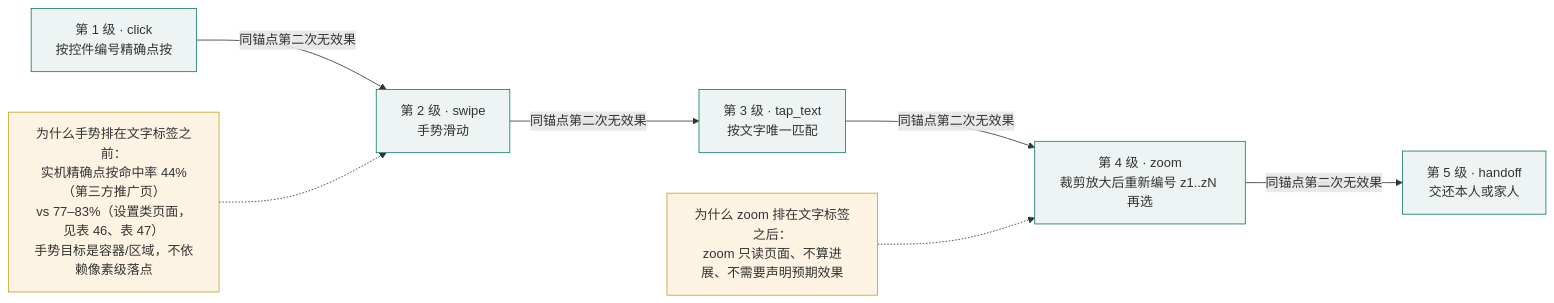
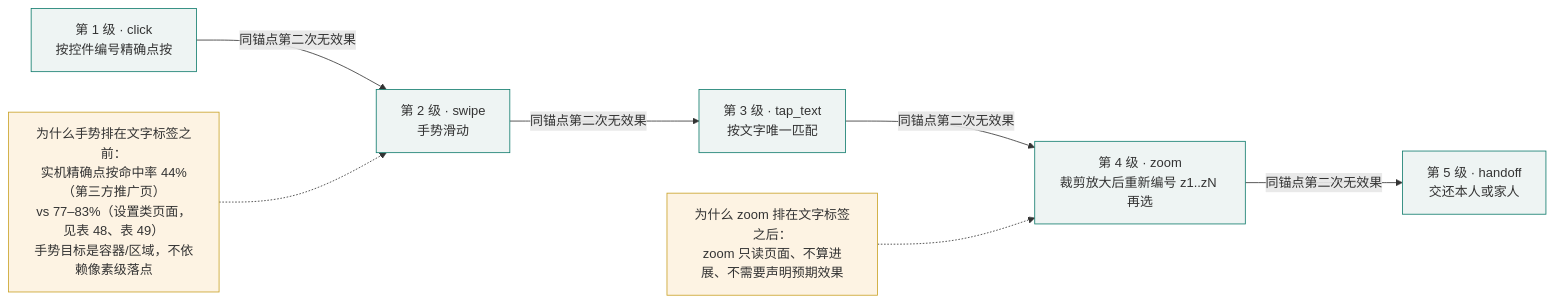
One commit to lhxll07/elder-harness changed the seventh of 13 diagrams in docs/aic-2026/作品方案-定稿.md. Above: the diagram before and after it, drawn with Mermaid. The commit also changed other lines of this file and 3 other files, not shown here.

````diff
--- a/docs/aic-2026/作品方案-定稿.md
+++ b/docs/aic-2026/作品方案-定稿.md
@@ -578,13 +603,13 @@
 ```mermaid
 flowchart LR
   R1["第 1 级 · click<br/>按控件编号精确点按"] -->|同锚点第二次无效果| R2["第 2 级 · swipe<br/>手势滑动"]
   R2 -->|同锚点第二次无效果| R3["第 3 级 · tap_text<br/>按文字唯一匹配"]
   R3 -->|同锚点第二次无效果| R4["第 4 级 · zoom<br/>裁剪放大后重新编号 z1..zN 再选"]
   R4 -->|同锚点第二次无效果| R5["第 5 级 · handoff<br/>交还本人或家人"]
-  E1["为什么手势排在文字标签之前：<br/>实机精确点按命中率 44%（第三方推广页）<br/>vs 77–83%（设置类页面，见表 46、表 47）<br/>手势目标是容器/区域，不依赖像素级落点"] -.-> R2
+  E1["为什么手势排在文字标签之前：<br/>实机精确点按命中率 44%（第三方推广页）<br/>vs 77–83%（设置类页面，见表 48、表 49）<br/>手势目标是容器/区域，不依赖像素级落点"] -.-> R2
   E2["为什么 zoom 排在文字标签之后：<br/>zoom 只读页面、不算进展、不需要声明预期效果"] -.-> R4
   classDef level fill:#eef4f3,stroke:#0f7b6c
   classDef note fill:#fdf3e3,stroke:#c9a227
   class R1,R2,R3,R4,R5 level
   class E1,E2 note
 ```
````
